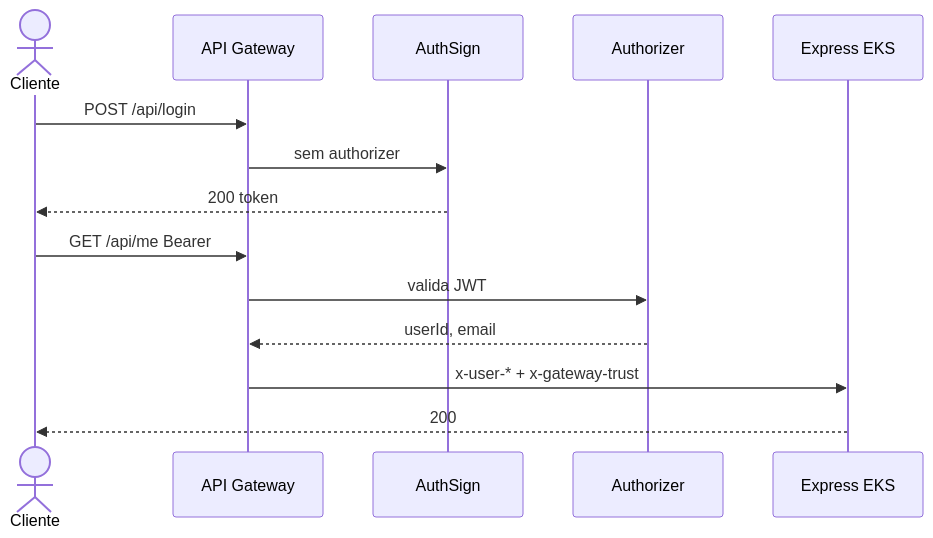
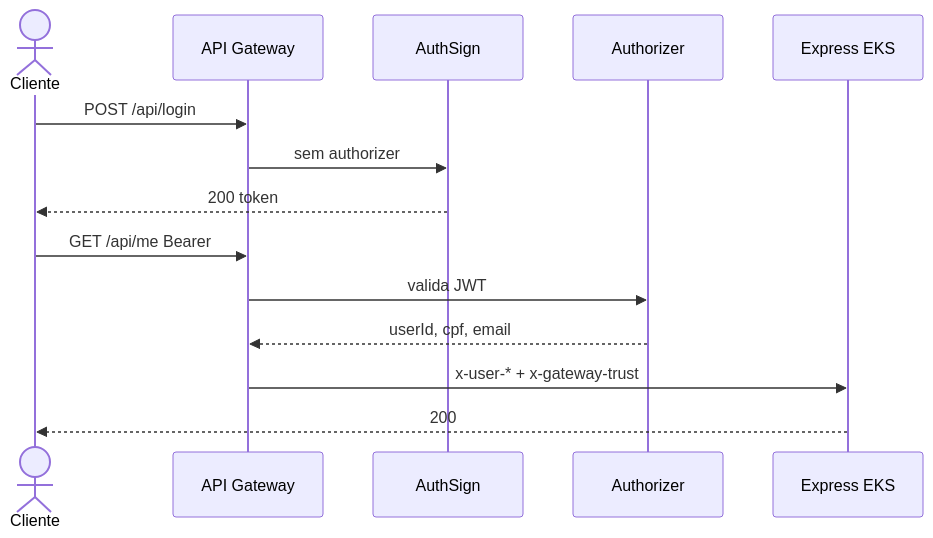
The diagram in docs/rfcs/003-autenticacao-jwt-api-gateway.md (RuannGodinho/TechChallenge-lambda-auth), drawn with Mermaid before and after one commit. The commit also changed other lines of this file and 23 other files, not shown here.

Commit message:
Authenticate login by CPF against the oficina API instead of mock email/password.

````diff
--- a/docs/rfcs/003-autenticacao-jwt-api-gateway.md
+++ b/docs/rfcs/003-autenticacao-jwt-api-gateway.md
@@ -45,18 +45,18 @@
 ```mermaid
 sequenceDiagram
   actor Cliente
   participant GW as API Gateway
   participant Sign as AuthSign
   participant AuthZ as Authorizer
   participant API as Express EKS
 
   Cliente->>GW: POST /api/login
   GW->>Sign: sem authorizer
   Sign-->>Cliente: 200 token
 
   Cliente->>GW: GET /api/me Bearer
   GW->>AuthZ: valida JWT
-  AuthZ-->>GW: userId, email
+  AuthZ-->>GW: userId, cpf, email
   GW->>API: x-user-* + x-gateway-trust
   API-->>Cliente: 200
 ```
````
